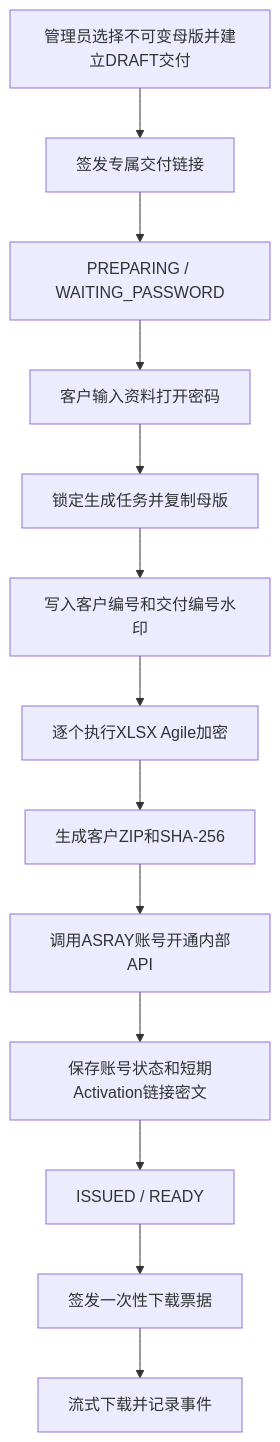
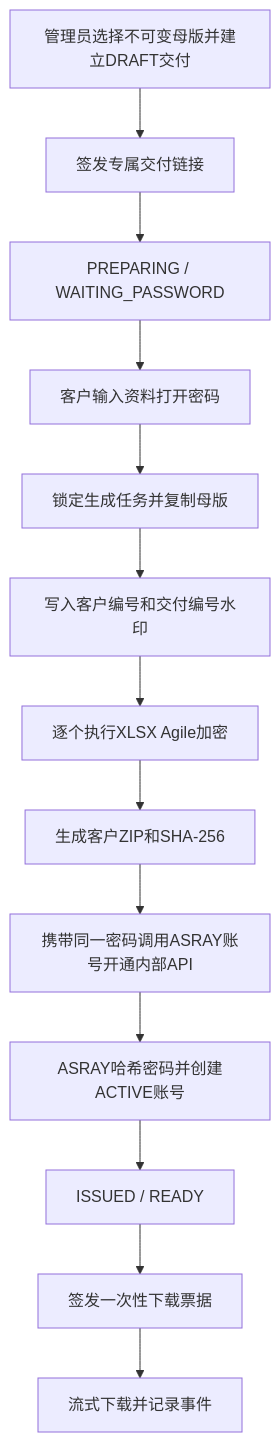
One commit to rin66-515/astratabi changed the diagram in docs/customer-delivery-account-integration-design.md. Above: the diagram before and after it, drawn with Mermaid. The commit also changed other lines of this file and 14 other files, not shown here.

````diff
--- a/docs/customer-delivery-account-integration-design.md
+++ b/docs/customer-delivery-account-integration-design.md
@@ -11,15 +11,15 @@
 ```mermaid
 flowchart TD
     A[管理员选择不可变母版并建立DRAFT交付] --> B[签发专属交付链接]
     B --> C[PREPARING / WAITING_PASSWORD]
     C --> D[客户输入资料打开密码]
     D --> E[锁定生成任务并复制母版]
     E --> F[写入客户编号和交付编号水印]
     F --> G[逐个执行XLSX Agile加密]
     G --> H[生成客户ZIP和SHA-256]
-    H --> I[调用ASRAY账号开通内部API]
-    I --> J[保存账号状态和短期Activation链接密文]
+    H --> I[携带同一密码调用ASRAY账号开通内部API]
+    I --> J[ASRAY哈希密码并创建ACTIVE账号]
     J --> K[ISSUED / READY]
     K --> L[签发一次性下载票据]
     L --> M[流式下载并记录事件]
 ```
````
